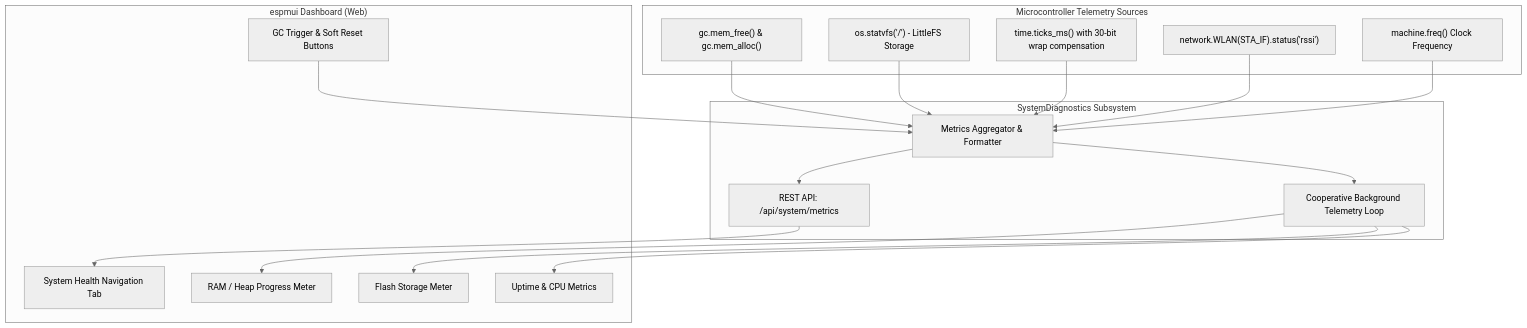
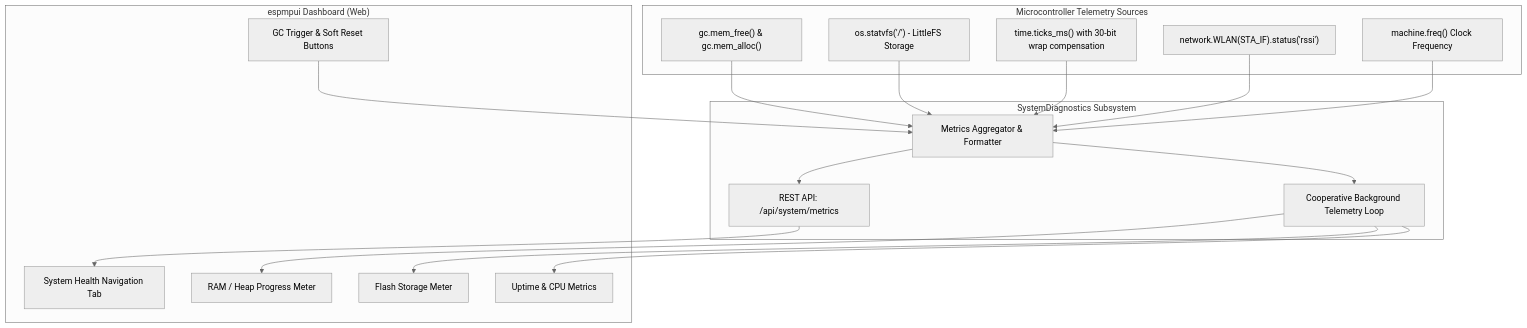
One commit to csseeker/espmpui changed the sixth of 7 diagrams in docs/FEATURES.md. Above: the diagram before and after it, drawn with Mermaid (neutral theme). The commit also changed other lines of this file and 41 other files, not shown here.

Commit message:
refactor: rename project package from espmui to espmpui

````diff
--- a/docs/FEATURES.md
+++ b/docs/FEATURES.md
@@ -368,38 +368,38 @@
 ```mermaid
 graph TD
     subgraph MCU ["Microcontroller Telemetry Sources"]
         GC["gc.mem_free() & gc.mem_alloc()"]
         FS["os.statvfs('/') - LittleFS Storage"]
         TIME["time.ticks_ms() with 30-bit wrap compensation"]
         WIFI["network.WLAN(STA_IF).status('rssi')"]
         FREQ["machine.freq() Clock Frequency"]
     end
 
     subgraph Diag ["SystemDiagnostics Subsystem"]
         Collector["Metrics Aggregator & Formatter"]
         REST["REST API: /api/system/metrics"]
         Loop["Cooperative Background Telemetry Loop"]
     end
 
-    subgraph UI ["espmui Dashboard (Web)"]
+    subgraph UI ["espmpui Dashboard (Web)"]
         Tab["System Health Navigation Tab"]
         RAM["RAM / Heap Progress Meter"]
         FlashM["Flash Storage Meter"]
         UptimeM["Uptime & CPU Metrics"]
         Acts["GC Trigger & Soft Reset Buttons"]
     end
 
     GC --> Collector
     FS --> Collector
     TIME --> Collector
     WIFI --> Collector
     FREQ --> Collector
 
     Collector --> REST
     Collector --> Loop
     Loop --> RAM
     Loop --> FlashM
     Loop --> UptimeM
     REST --> Tab
     Acts --> Collector
 ```
````
